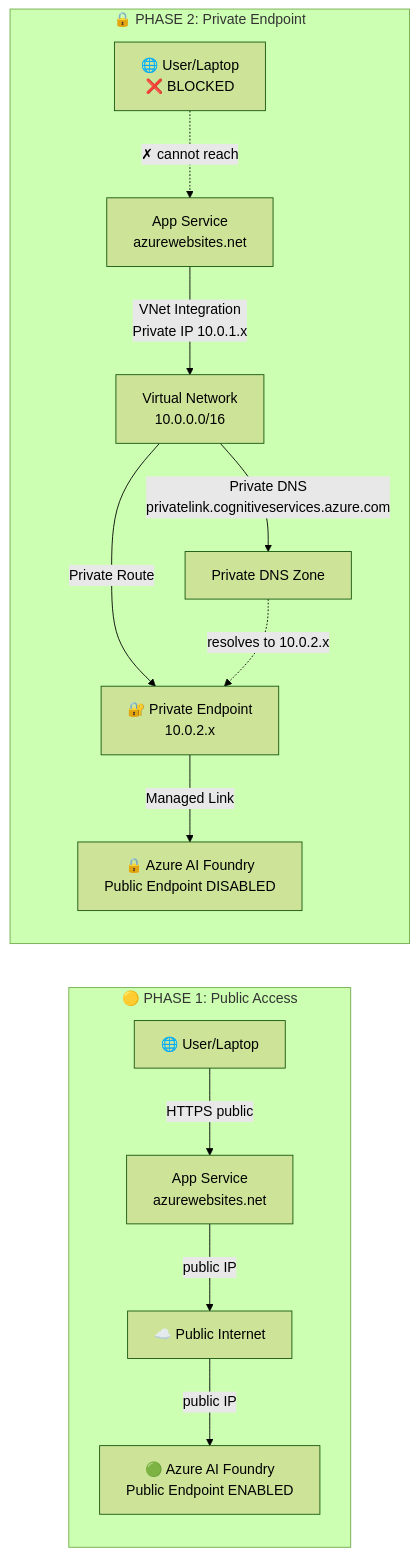
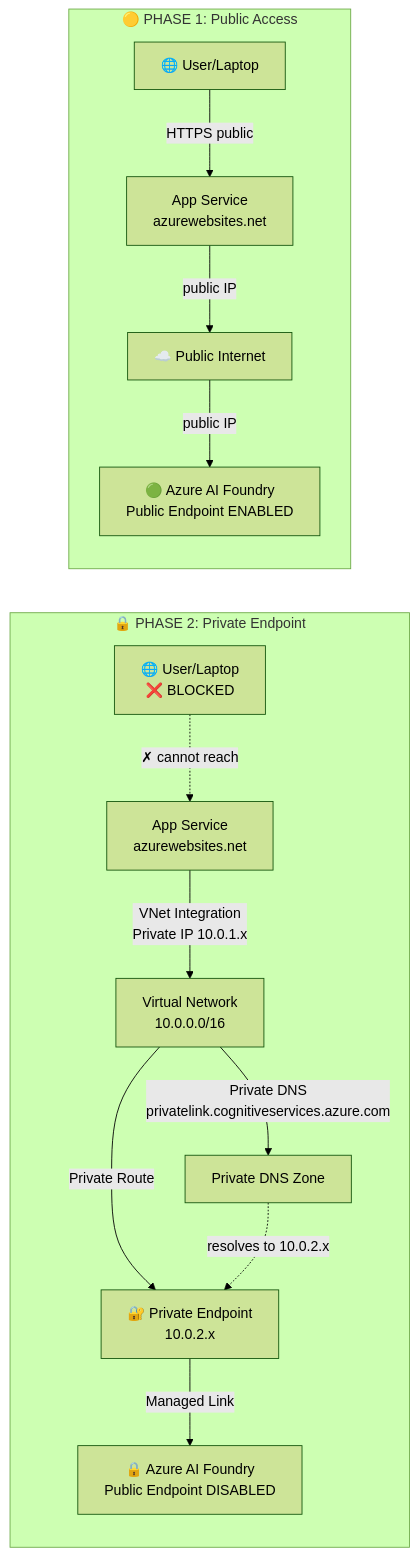
One commit to dmauser/ms-foundry-pe-demo changed the diagram in README.md. Above: the diagram before and after it, drawn with Mermaid (forest theme).

Commit message:
docs: swap Mermaid subgraph order so Phase 1 renders first
Mermaid LR layout renders the LAST defined subgraph on the left.
Swapped definition order so Phase 1 (Public) appears before Phase 2 (Private).

````diff
--- a/README.md
+++ b/README.md
@@ -28,19 +28,19 @@
 ```mermaid
 graph LR
-    subgraph PublicPhase["🟡 PHASE 1: Public Access"]
-        direction TB
-        User1["🌐 User/Laptop"] -->|HTTPS public| AppSvc1["App Service<br/>azurewebsites.net"]
-        AppSvc1 -->|public IP| Internet1["☁️ Public Internet"]
-        Internet1 -->|public IP| Foundry1["🟢 Azure AI Foundry<br/>Public Endpoint ENABLED"]
-    end
-    
     subgraph PrivatePhase["🔒 PHASE 2: Private Endpoint"]
         direction TB
         User2["🌐 User/Laptop<br/>❌ BLOCKED"] -.->|✗ cannot reach| AppSvc2["App Service<br/>azurewebsites.net"]
         AppSvc2 -->|VNet Integration<br/>Private IP 10.0.1.x| VNet["Virtual Network<br/>10.0.0.0/16"]
         VNet -->|Private Route| PrivateEP["🔐 Private Endpoint<br/>10.0.2.x"]
         PrivateEP -->|Managed Link| Foundry2["🔒 Azure AI Foundry<br/>Public Endpoint DISABLED"]
         VNet -->|Private DNS<br/>privatelink.cognitiveservices.azure.com| DNS["Private DNS Zone"]
         DNS -.->|resolves to 10.0.2.x| PrivateEP
     end
+
+    subgraph PublicPhase["🟡 PHASE 1: Public Access"]
+        direction TB
+        User1["🌐 User/Laptop"] -->|HTTPS public| AppSvc1["App Service<br/>azurewebsites.net"]
+        AppSvc1 -->|public IP| Internet1["☁️ Public Internet"]
+        Internet1 -->|public IP| Foundry1["🟢 Azure AI Foundry<br/>Public Endpoint ENABLED"]
+    end
 ```
````
